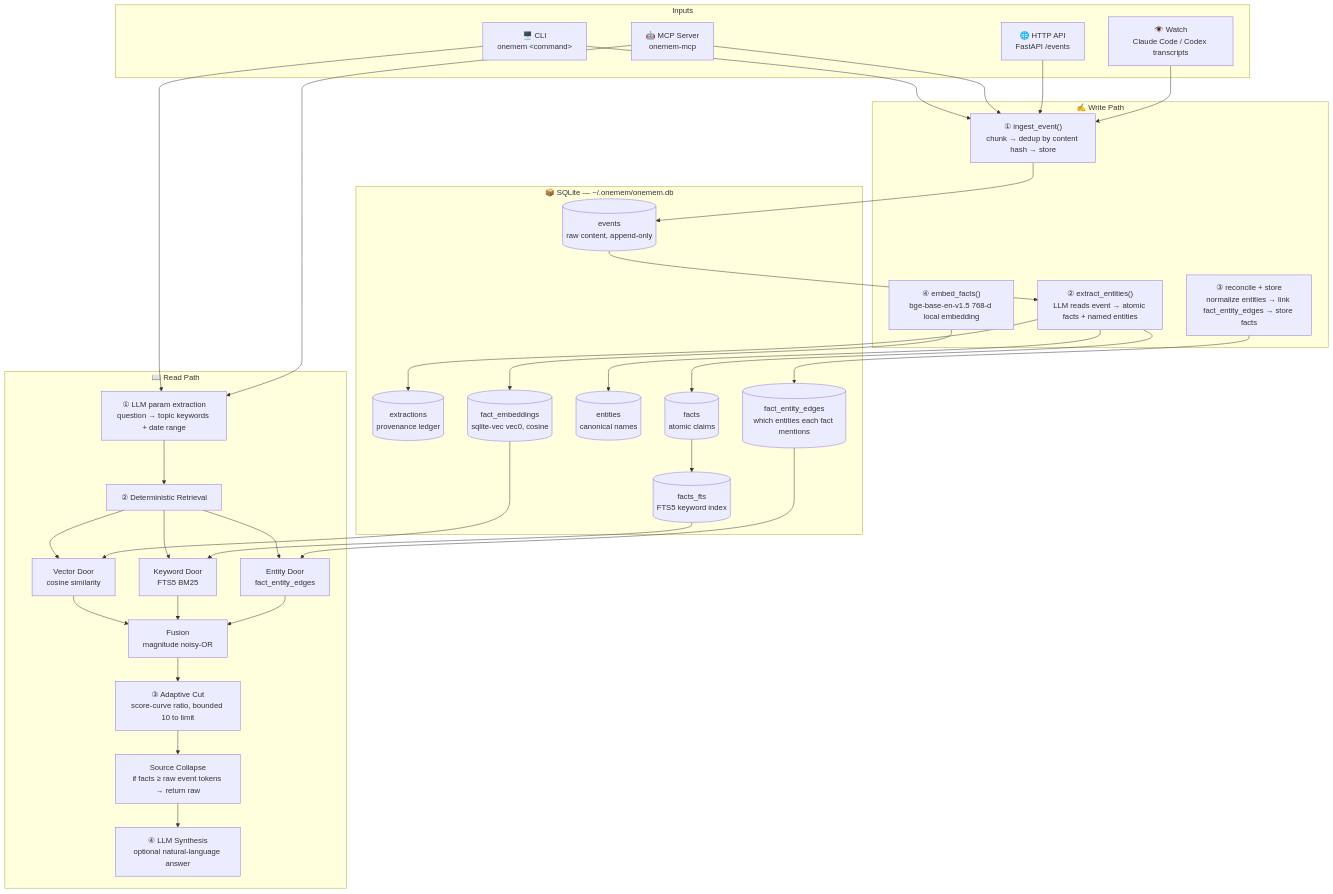
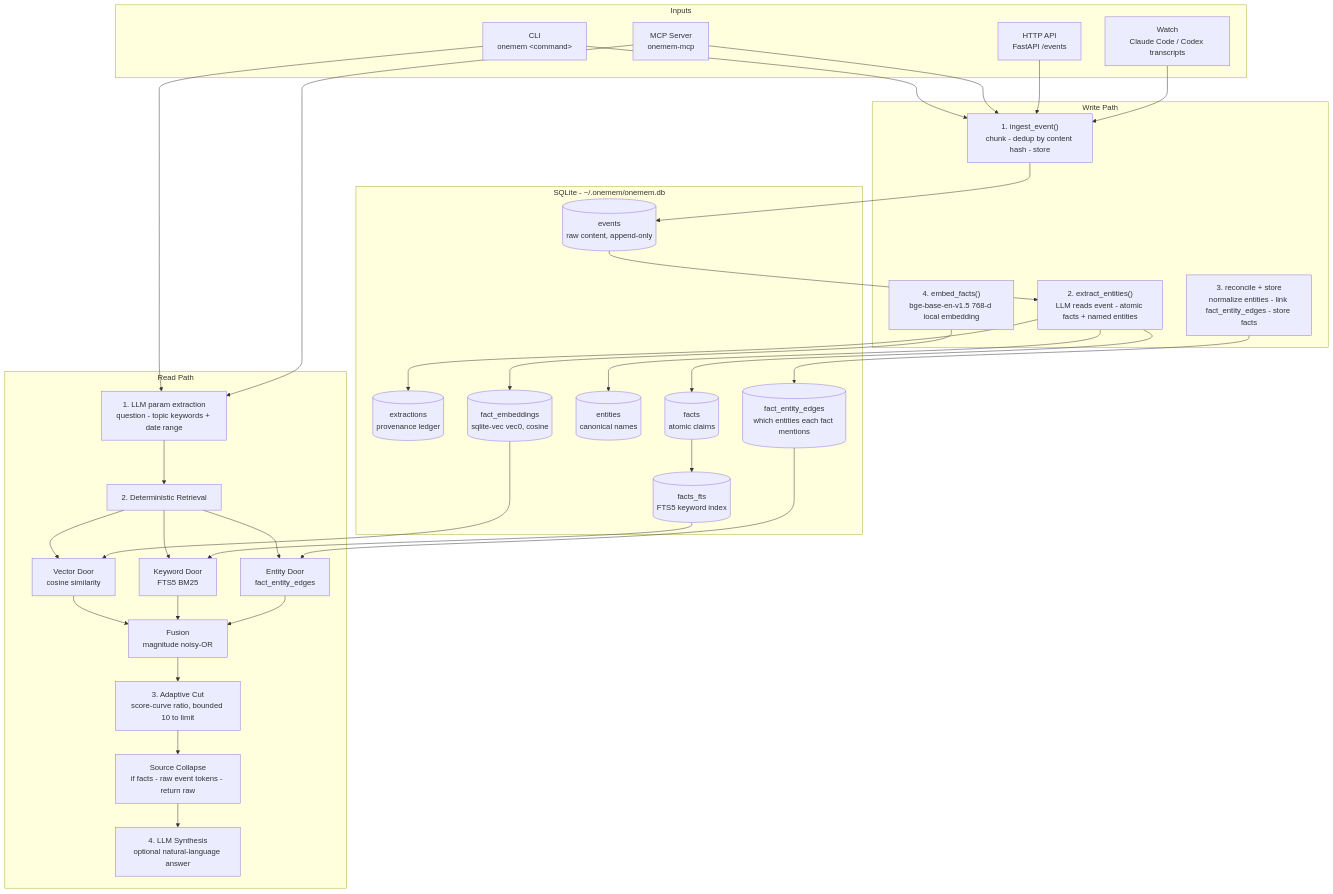
The first of 2 diagrams in README.md (shashank-tomar0/onemem), drawn with Mermaid before and after one commit. The commit also changed other lines of this file and 3 other files, not shown here.

````diff
--- a/README.md
+++ b/README.md
@@ -68,70 +68,70 @@
 ```mermaid
 graph TB
     subgraph INPUTS ["Inputs"]
-        CLI["🖥️ CLI<br/>onemem &lt;command&gt;"]
-        MCP["🤖 MCP Server<br/>onemem-mcp"]
-        API["🌐 HTTP API<br/>FastAPI /events"]
-        WATCH["👁️ Watch<br/>Claude Code / Codex transcripts"]
+        CLI["CLI<br/>onemem &lt;command&gt;"]
+        MCP["MCP Server<br/>onemem-mcp"]
+        API["HTTP API<br/>FastAPI /events"]
+        WATCH["Watch<br/>Claude Code / Codex transcripts"]
     end
 
-    subgraph WRITE ["✍️ Write Path"]
-        INTAKE["① ingest_event()<br/>chunk → dedup by content hash → store"]
-        EXTRACT["② extract_entities()<br/>LLM reads event → atomic facts + named entities"]
-        RECONCILE["③ reconcile + store<br/>normalize entities → link fact_entity_edges → store facts"]
-        EMBED_W["④ embed_facts()<br/>bge-base-en-v1.5 768-d local embedding"]
+    subgraph WRITE ["Write Path"]
+        INTAKE["1. ingest_event()<br/>chunk - dedup by content hash - store"]
+        EXTRACT["2. extract_entities()<br/>LLM reads event - atomic facts + named entities"]
+        RECONCILE["3. reconcile + store<br/>normalize entities - link fact_entity_edges - store facts"]
+        EMBED_W["4. embed_facts()<br/>bge-base-en-v1.5 768-d local embedding"]
     end
 
-    subgraph SQLITE ["📦 SQLite — ~/.onemem/onemem.db"]
+    subgraph SQLITE ["SQLite - ~/.onemem/onemem.db"]
         EVENTS[("events<br/>raw content, append-only")]
         EXTR[("extractions<br/>provenance ledger")]
         FACTS[("facts<br/>atomic claims")]
         ENTITIES[("entities<br/>canonical names")]
         EDGES[("fact_entity_edges<br/>which entities each fact mentions")]
         EMBED[("fact_embeddings<br/>sqlite-vec vec0, cosine")]
         FTS[("facts_fts<br/>FTS5 keyword index")]
     end
 
-    subgraph READ ["📖 Read Path"]
-        PARAMS["① LLM param extraction<br/>question → topic keywords + date range"]
-        RETRIEVE["② Deterministic Retrieval"]
+    subgraph READ ["Read Path"]
+        PARAMS["1. LLM param extraction<br/>question - topic keywords + date range"]
+        RETRIEVE["2. Deterministic Retrieval"]
         VECTOR["Vector Door<br/>cosine similarity"]
         KEYWORD["Keyword Door<br/>FTS5 BM25"]
         ENTITY_D["Entity Door<br/>fact_entity_edges"]
         FUSION["Fusion<br/>magnitude noisy-OR"]
-        CUT["③ Adaptive Cut<br/>score-curve ratio, bounded 10 to limit"]
-        COLLAPSE["Source Collapse<br/>if facts ≥ raw event tokens → return raw"]
-        SYNTH["④ LLM Synthesis<br/>optional natural-language answer"]
+        CUT["3. Adaptive Cut<br/>score-curve ratio, bounded 10 to limit"]
+        COLLAPSE["Source Collapse<br/>if facts - raw event tokens - return raw"]
+        SYNTH["4. LLM Synthesis<br/>optional natural-language answer"]
     end
 
     CLI --> INTAKE
     MCP --> INTAKE
     API --> INTAKE
     WATCH --> INTAKE
 
     INTAKE --> EVENTS
     EVENTS --> EXTRACT
     EXTRACT --> FACTS
     EXTRACT --> ENTITIES
     EXTRACT --> EXTR
     RECONCILE --> EDGES
     EMBED_W --> EMBED
     FACTS --> FTS
 
     CLI --> PARAMS
     MCP --> PARAMS
 
     PARAMS --> RETRIEVE
     RETRIEVE --> VECTOR
     RETRIEVE --> KEYWORD
     RETRIEVE --> ENTITY_D
     VECTOR --> FUSION
     KEYWORD --> FUSION
     ENTITY_D --> FUSION
     FUSION --> CUT
     CUT --> COLLAPSE
     COLLAPSE --> SYNTH
 
     EMBED --> VECTOR
     FTS --> KEYWORD
     EDGES --> ENTITY_D
 ```
````
